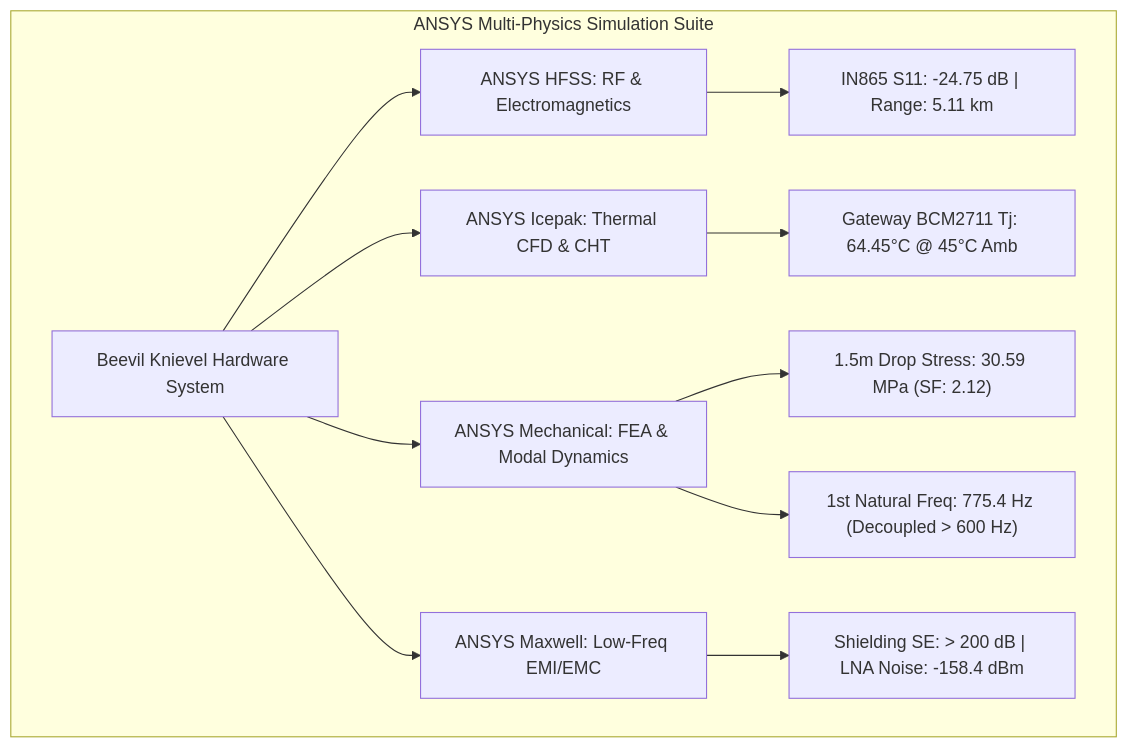
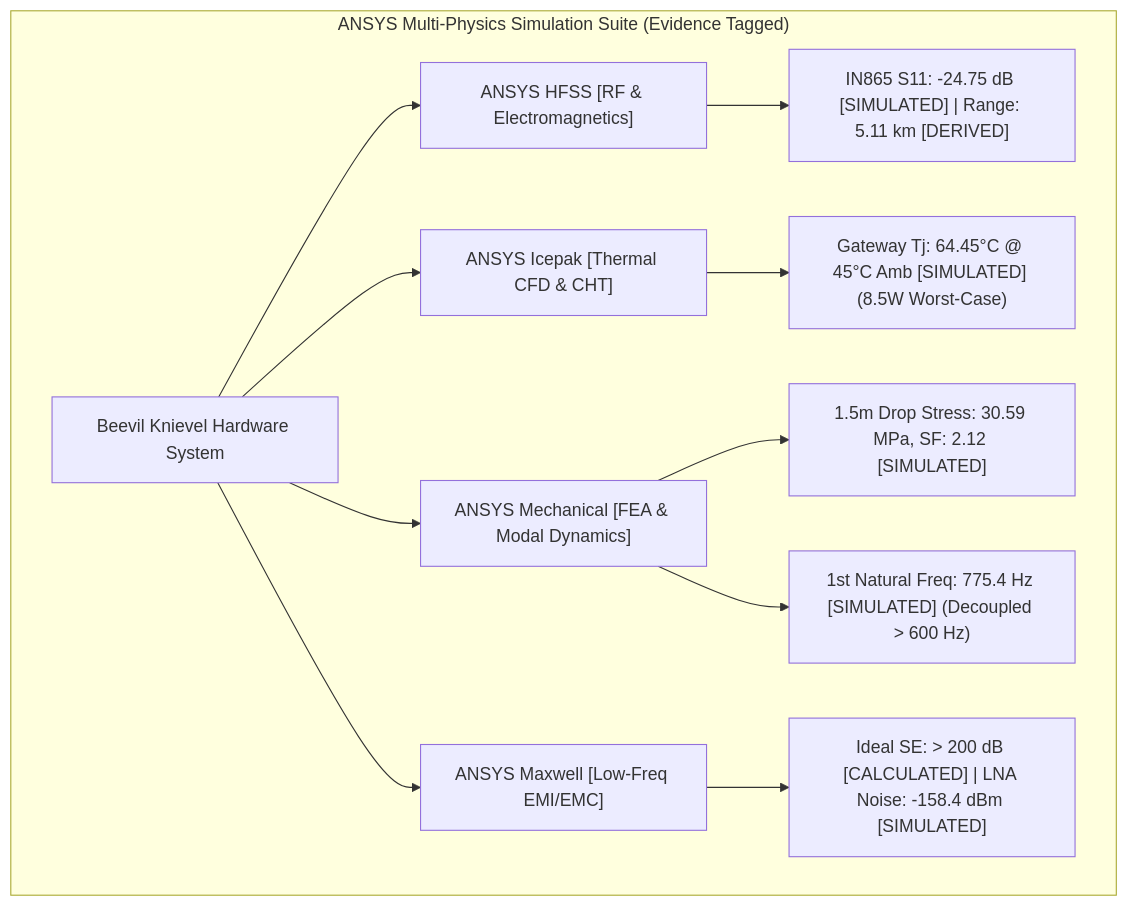
One commit to atharveeee-netizen/beevil-knievel changed the diagram in docs/IEEE_HART_ANSYS_SIMULATION_DOSSIER.md. Above: the diagram before and after it, drawn with Mermaid. The commit also changed other lines of this file and 80 other files, not shown here.

````diff
--- a/docs/IEEE_HART_ANSYS_SIMULATION_DOSSIER.md
+++ b/docs/IEEE_HART_ANSYS_SIMULATION_DOSSIER.md
@@ -22,15 +25,15 @@
 ```mermaid
 graph TD
-    subgraph "ANSYS Multi-Physics Simulation Suite"
-        A[Beevil Knievel Hardware System] --> B[ANSYS HFSS: RF & Electromagnetics]
-        A --> C[ANSYS Icepak: Thermal CFD & CHT]
-        A --> D[ANSYS Mechanical: FEA & Modal Dynamics]
-        A --> E[ANSYS Maxwell: Low-Freq EMI/EMC]
+    subgraph "ANSYS Multi-Physics Simulation Suite (Evidence Tagged)"
+        A[Beevil Knievel Hardware System] --> B["ANSYS HFSS [RF & Electromagnetics]"]
+        A --> C["ANSYS Icepak [Thermal CFD & CHT]"]
+        A --> D["ANSYS Mechanical [FEA & Modal Dynamics]"]
+        A --> E["ANSYS Maxwell [Low-Freq EMI/EMC]"]
         
-        B --> B1["IN865 S11: -24.75 dB | Range: 5.11 km"]
-        C --> C1["Gateway BCM2711 Tj: 64.45°C @ 45°C Amb"]
-        D --> D1["1.5m Drop Stress: 30.59 MPa (SF: 2.12)"]
-        D --> D2["1st Natural Freq: 775.4 Hz (Decoupled > 600 Hz)"]
-        E --> E1["Shielding SE: > 200 dB | LNA Noise: -158.4 dBm"]
+        B --> B1["IN865 S11: -24.75 dB [SIMULATED] | Range: 5.11 km [DERIVED]"]
+        C --> C1["Gateway Tj: 64.45°C @ 45°C Amb [SIMULATED] (8.5W Worst-Case)"]
+        D --> D1["1.5m Drop Stress: 30.59 MPa, SF: 2.12 [SIMULATED]"]
+        D --> D2["1st Natural Freq: 775.4 Hz [SIMULATED] (Decoupled > 600 Hz)"]
+        E --> E1["Ideal SE: > 200 dB [CALCULATED] | LNA Noise: -158.4 dBm [SIMULATED]"]
     end
 ```
````
